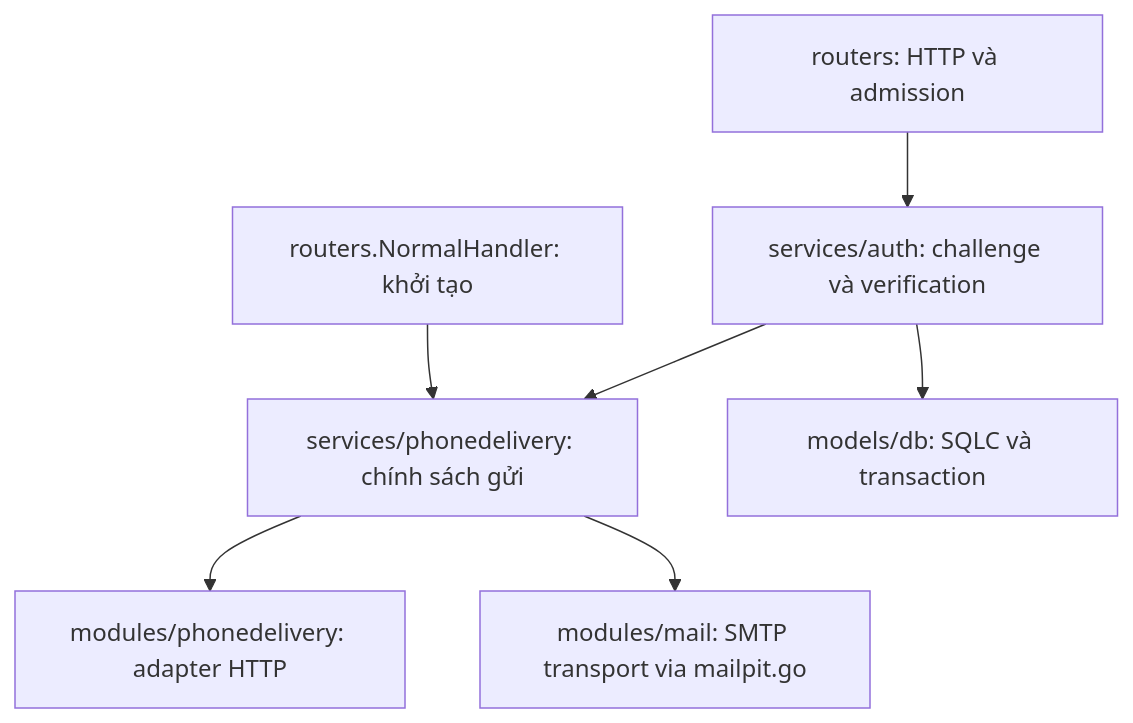
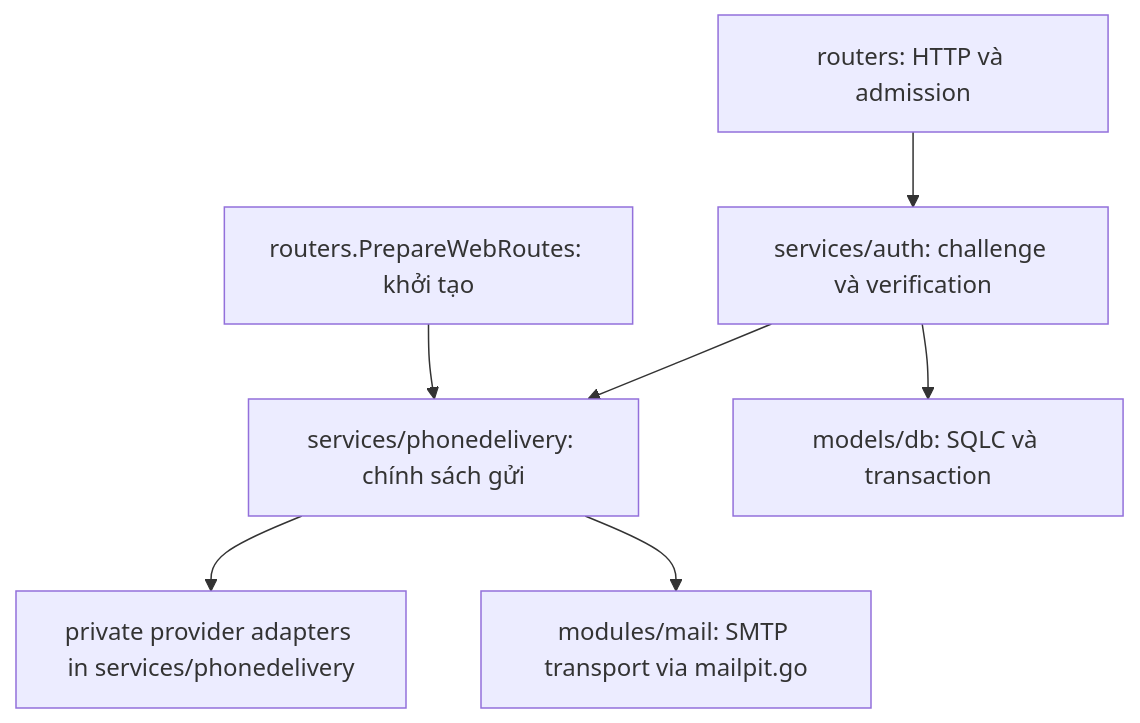
Before and after one commit to datvtph41107/bdspro: the diagram in docs/architecture/phone-delivery.md, drawn with Mermaid. The commit also changed other lines of this file and 22 other files, not shown here.

````diff
--- a/docs/architecture/phone-delivery.md
+++ b/docs/architecture/phone-delivery.md
@@ -23,9 +23,9 @@
 ```mermaid
 flowchart TD
   R[routers: HTTP và admission] --> A[services/auth: challenge và verification]
   A --> D[services/phonedelivery: chính sách gửi]
   A --> DB[models/db: SQLC và transaction]
-  D --> P[modules/phonedelivery: adapter HTTP]
+  D --> P[private provider adapters in services/phonedelivery]
   D --> M[modules/mail: SMTP transport via mailpit.go]
-  I[routers.NormalHandler: khởi tạo] --> D
+  I[routers.PrepareWebRoutes: khởi tạo] --> D
 ```
````
